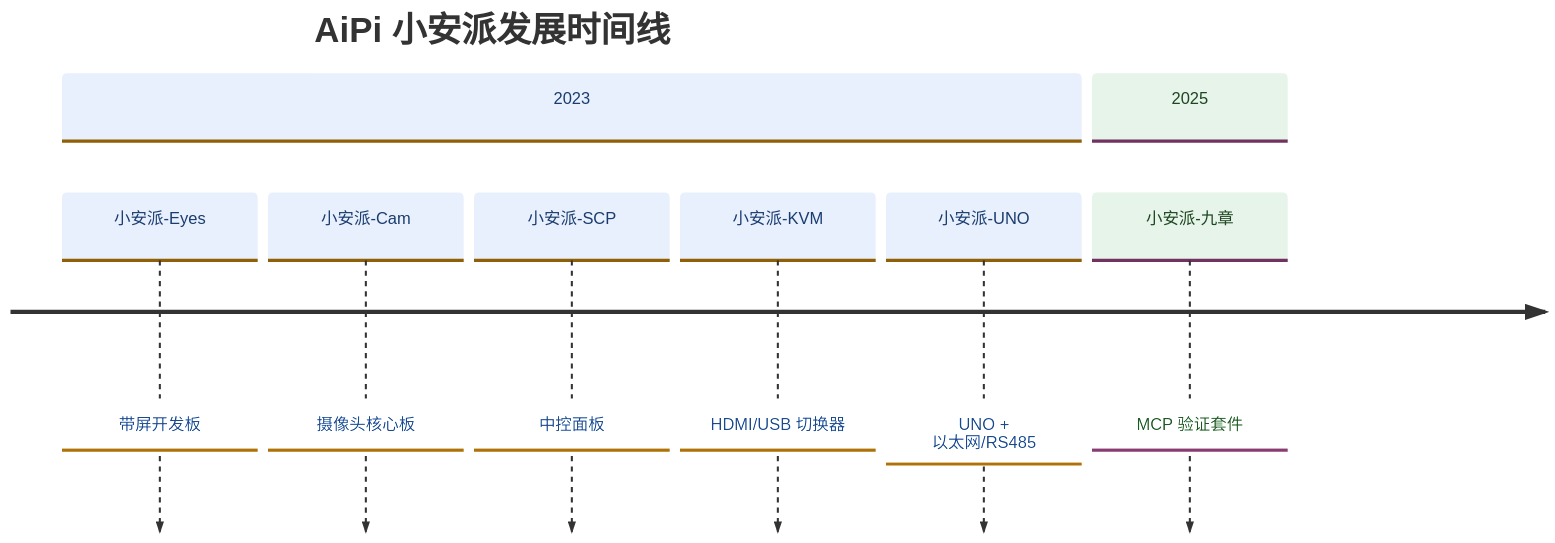
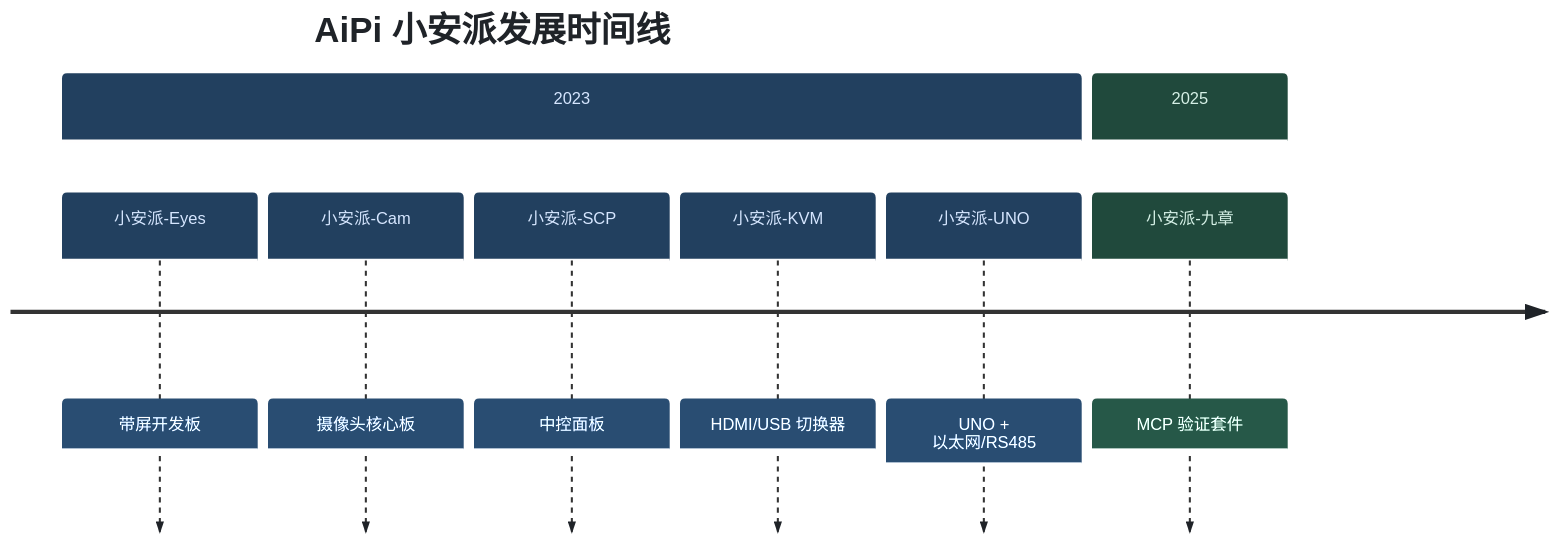
One commit to Ai-Thinker-AiPi/.github changed the diagram in profile/README.md. Above: the diagram before and after it, drawn with Mermaid.

Commit message:
demo: medium-dark timeline palette

````diff
--- a/profile/README.md
+++ b/profile/README.md
@@ -24,13 +24,13 @@
 ```mermaid
-%%{init: {'theme':'base','themeVariables':{'cScale0':'#e8f0fe','cScaleLabel0':'#1a3c6e','cScale1':'#e6f4ea','cScaleLabel1':'#1e4620','cScale2':'#fff4d6','cScaleLabel2':'#5c4400','cScale3':'#f3e8ff','cScaleLabel3':'#4a1d7a','cScale4':'#fde8ef','cScaleLabel4':'#7a1f3d'}}}%%
+%%{init: {'theme':'base','themeVariables':{'cScale0':'#22405f','cScaleLabel0':'#d6e6ff','cScale1':'#20493c','cScaleLabel1':'#d5f0e6','cScale2':'#4a3d20','cScaleLabel2':'#f5e8c8','cScale3':'#3b2c55','cScaleLabel3':'#e6ddff','cScale4':'#4a2a36','cScaleLabel4':'#ffdbe6','lineColor':'#57606a','textColor':'#1f2328'}}}%%
 timeline
     title AiPi 小安派发展时间线
     section 2023
         小安派-Eyes : 带屏开发板
         小安派-Cam : 摄像头核心板
         小安派-SCP : 中控面板
         小安派-KVM : HDMI/USB 切换器
         小安派-UNO : UNO + 以太网/RS485
     section 2025
         小安派-九章 : MCP 验证套件
 ```
````
